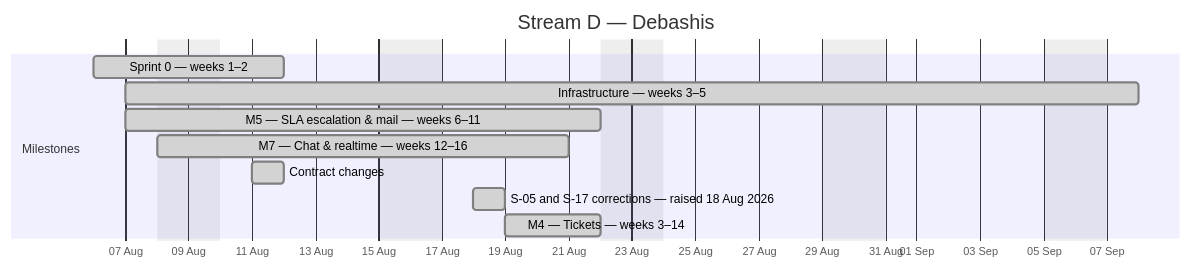
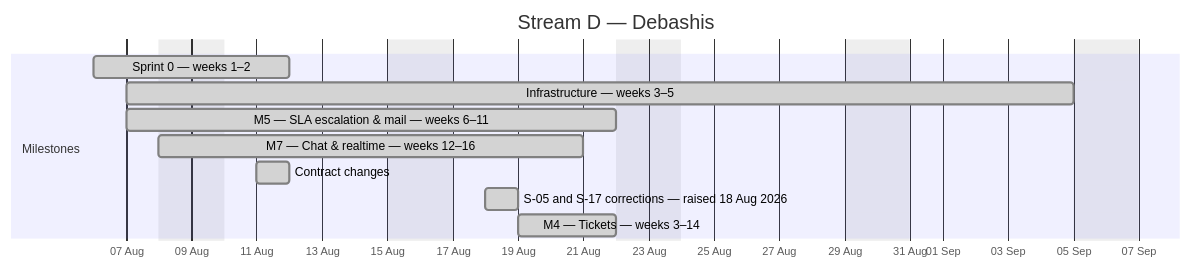
The fourth of 4 diagrams in docs/plan/GANTT.md (debashisedunext/EduTrack), drawn with Mermaid before and after one commit. The commit also changed other lines of this file and 3 other files, not shown here.

````diff
--- a/docs/plan/GANTT.md
+++ b/docs/plan/GANTT.md
@@ -130,15 +128,15 @@
 ```mermaid
 gantt
     dateFormat YYYY-MM-DD
     axisFormat %d %b
     title Stream D — Debashis
     excludes weekends
     section Milestones
     Sprint 0 — weeks 1–2 :done, d0, 2026-08-06, 4d
-    Infrastructure — weeks 3–5 :done, d1, 2026-08-07, 22d
+    Infrastructure — weeks 3–5 :done, d1, 2026-08-07, 21d
     M5 — SLA  escalation & mail — weeks 6–11 :done, d2, 2026-08-07, 11d
     M7 — Chat & realtime — weeks 12–16 :done, d3, 2026-08-08, 10d
     Contract changes :done, d4, 2026-08-11, 1d
     S-05 and S-17 corrections — raised 18 Aug 2026 :done, d5, 2026-08-18, 1d
     M4 — Tickets — weeks 3–14 :done, d6, 2026-08-19, 3d
 ```
````
